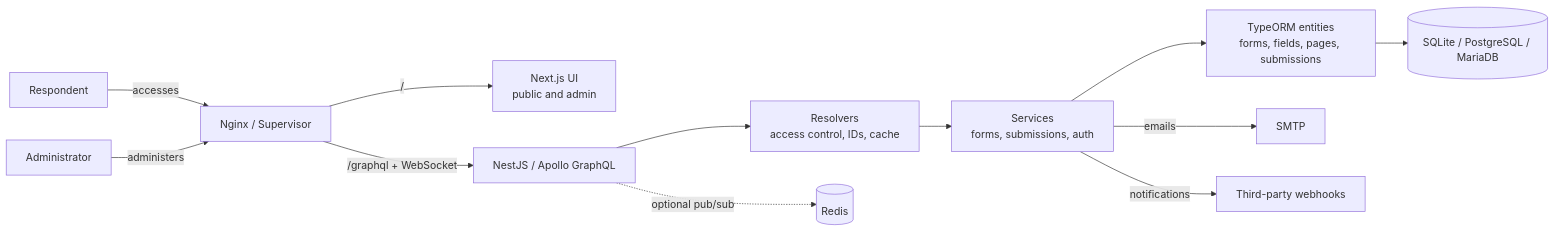
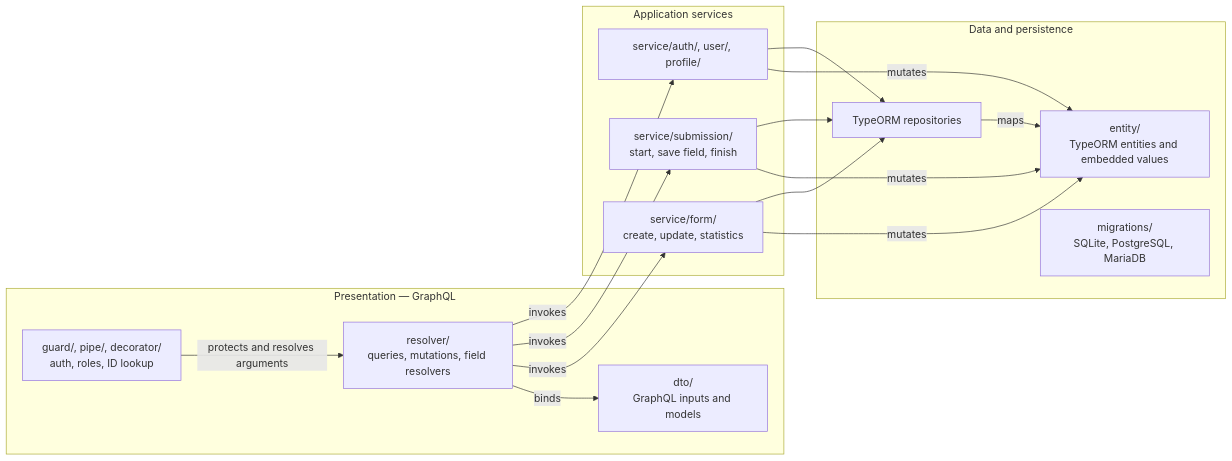
One commit to HoppR-tech/codeconform-bench changed the third of 4 diagrams in README.md. Above: the diagram before and after it, drawn with Mermaid. The commit also changed other lines of this file and 1 other file, not shown here.

Commit message:
docs: focus OhMyForm diagrams on code

````diff
--- a/README.md
+++ b/README.md
@@ -129,14 +131,30 @@
 ```mermaid
 flowchart LR
-    respondent[Respondent] -->|accesses| nginx[Nginx / Supervisor]
-    admin[Administrator] -->|administers| nginx
-    nginx -->|/| ui[Next.js UI\npublic and admin]
-    nginx -->|/graphql + WebSocket| api[NestJS / Apollo GraphQL]
-    api --> resolvers[Resolvers\naccess control, IDs, cache]
-    resolvers --> services[Services\nforms, submissions, auth]
-    services --> entities[TypeORM entities\nforms, fields, pages, submissions]
-    entities --> db[(SQLite / PostgreSQL / MariaDB)]
-    api -.->|optional pub/sub| redis[(Redis)]
-    services -->|emails| smtp[SMTP]
-    services -->|notifications| webhooks[Third-party webhooks]
+    subgraph presentation[Presentation — GraphQL]
+        resolver[resolver/\nqueries, mutations, field resolvers]
+        dto[dto/\nGraphQL inputs and models]
+        boundary[guard/, pipe/, decorator/\nauth, roles, ID lookup]
+    end
+    subgraph application[Application services]
+        formService[service/form/\ncreate, update, statistics]
+        submissionService[service/submission/\nstart, save field, finish]
+        accountService[service/auth/, user/, profile/]
+    end
+    subgraph data[Data and persistence]
+        entity[entity/\nTypeORM entities and embedded values]
+        repository[TypeORM repositories]
+        migrations[migrations/\nSQLite, PostgreSQL, MariaDB]
+    end
+    resolver -->|binds| dto
+    boundary -->|protects and resolves arguments| resolver
+    resolver -->|invokes| formService
+    resolver -->|invokes| submissionService
+    resolver -->|invokes| accountService
+    formService -->|mutates| entity
+    submissionService -->|mutates| entity
+    accountService -->|mutates| entity
+    formService --> repository
+    submissionService --> repository
+    accountService --> repository
+    repository -->|maps| entity
 ```
````
